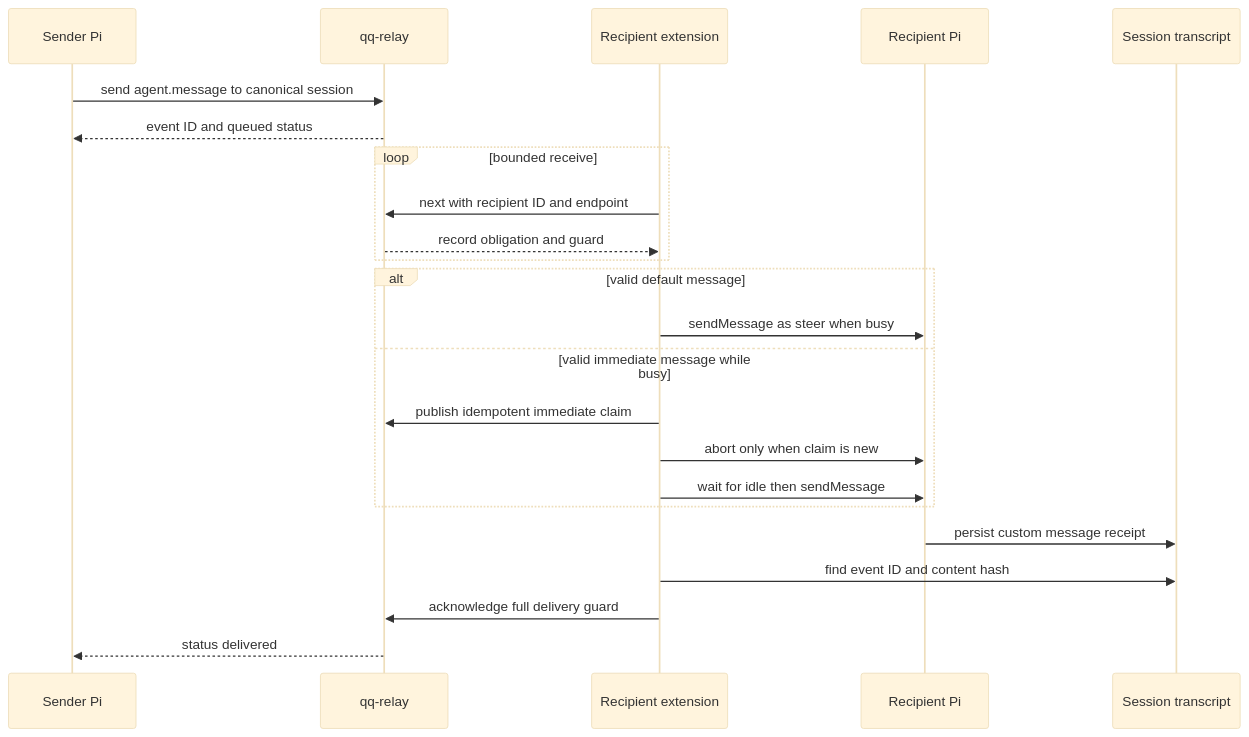
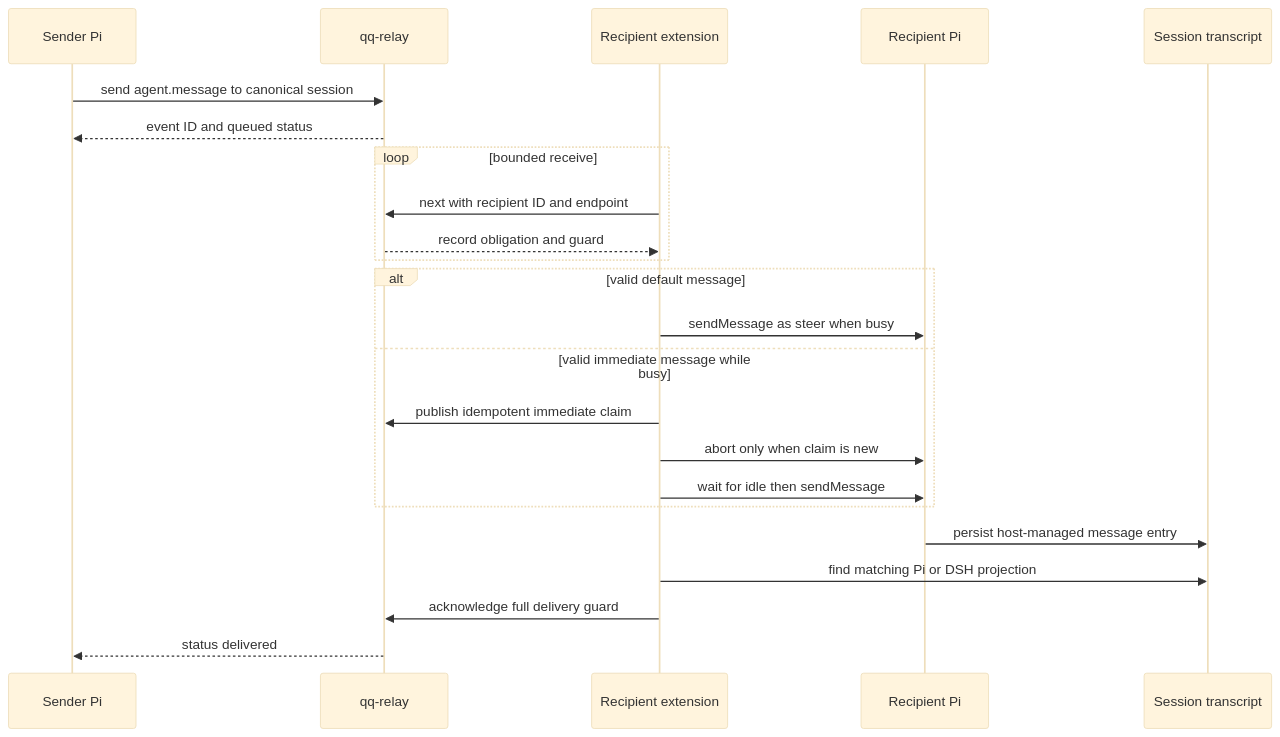
One commit to hypermemetic-ai/qq changed the first of 2 diagrams in openwiki/event-plane/agent-messaging.md. Above: the diagram before and after it, drawn with Mermaid (base theme). The commit also changed other lines of this file and 9 other files, not shown here.

````diff
--- a/openwiki/event-plane/agent-messaging.md
+++ b/openwiki/event-plane/agent-messaging.md
@@ -104,25 +104,25 @@
 ```mermaid
 sequenceDiagram
     participant S as Sender Pi
     participant EP as qq-relay
     participant R as Recipient extension
     participant P as Recipient Pi
     participant T as Session transcript
     S->>EP: send agent.message to canonical session
     EP-->>S: event ID and queued status
     loop bounded receive
         R->>EP: next with recipient ID and endpoint
         EP-->>R: record obligation and guard
     end
     alt valid default message
         R->>P: sendMessage as steer when busy
     else valid immediate message while busy
         R->>EP: publish idempotent immediate claim
         R->>P: abort only when claim is new
         R->>P: wait for idle then sendMessage
     end
-    P->>T: persist custom message receipt
-    R->>T: find event ID and content hash
+    P->>T: persist host-managed message entry
+    R->>T: find matching Pi or DSH projection
     R->>EP: acknowledge full delivery guard
     EP-->>S: status delivered
 ```
````
